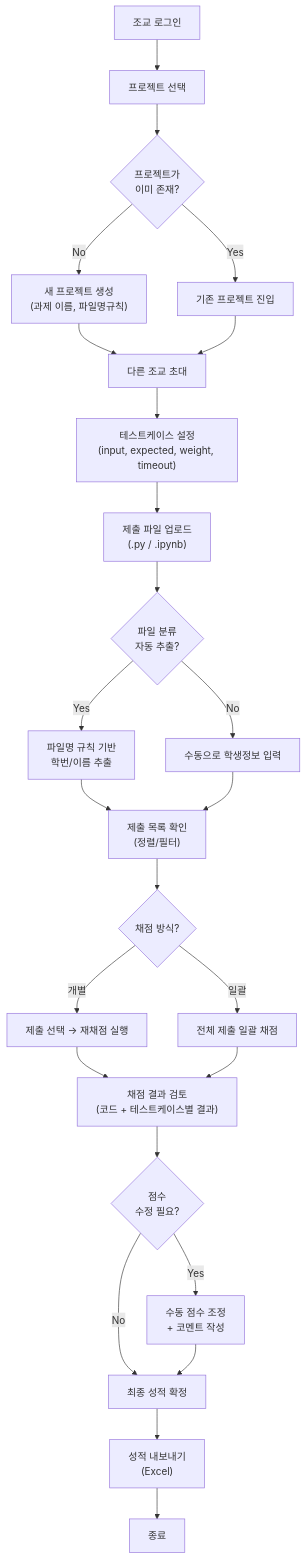
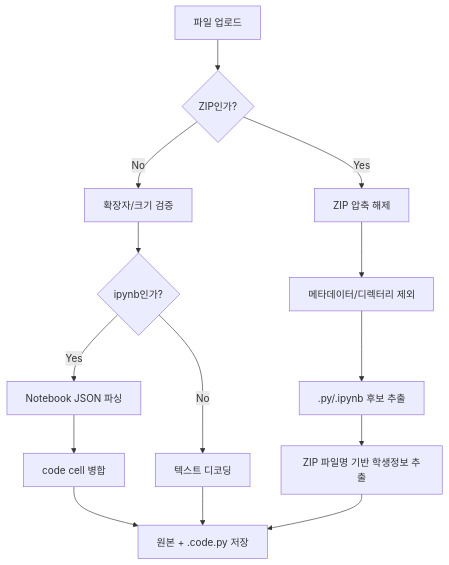
Before and after one commit to sjmd117/UXM_PythonAutoGrader: the fourth of 4 diagrams in README.md, drawn with Mermaid. The commit also changed other lines of this file and 15 other files, not shown here.

````diff
--- a/README.md
+++ b/README.md
@@ -184,27 +736,17 @@
 ```mermaid
-graph TD
-    A["조교 로그인"] --> B["프로젝트 선택"]
-    B --> C{프로젝트가<br/>이미 존재?}
-    C -->|No| D["새 프로젝트 생성<br/>(과제 이름, 파일명규칙)"]
-    C -->|Yes| E["기존 프로젝트 진입"]
-    D --> F["다른 조교 초대"]
-    E --> F
-    F --> G["테스트케이스 설정<br/>(input, expected, weight, timeout)"]
-    G --> H["제출 파일 업로드<br/>(.py / .ipynb)"]
-    H --> I{파일 분류<br/>자동 추출?}
-    I -->|Yes| J["파일명 규칙 기반<br/>학번/이름 추출"]
-    I -->|No| K["수동으로 학생정보 입력"]
-    J --> L
-    K --> L["제출 목록 확인<br/>(정렬/필터)"]
-    L --> M{채점 방식?}
-    M -->|개별| N["제출 선택 → 재채점 실행"]
-    M -->|일괄| O["전체 제출 일괄 채점"]
-    N --> P["채점 결과 검토<br/>(코드 + 테스트케이스별 결과)"]
-    O --> P
-    P --> Q{점수<br/>수정 필요?}
-    Q -->|Yes| R["수동 점수 조정<br/>+ 코멘트 작성"]
-    Q -->|No| S["최종 성적 확정"]
-    R --> S
-    S --> T["성적 내보내기<br/>(Excel)"]
-    T --> U["종료"]
+flowchart TD
+    A["파일 업로드"] --> B{ZIP인가?}
+    B -->|No| C["확장자/크기 검증"]
+    C --> D{ipynb인가?}
+    D -->|Yes| E["Notebook JSON 파싱"]
+    E --> F["code cell 병합"]
+    D -->|No| G["텍스트 디코딩"]
+    F --> H["원본 + .code.py 저장"]
+    G --> H
+
+    B -->|Yes| I["ZIP 압축 해제"]
+    I --> J["메타데이터/디렉터리 제외"]
+    J --> K[".py/.ipynb 후보 추출"]
+    K --> L["ZIP 파일명 기반 학생정보 추출"]
+    L --> H
 ```
````
